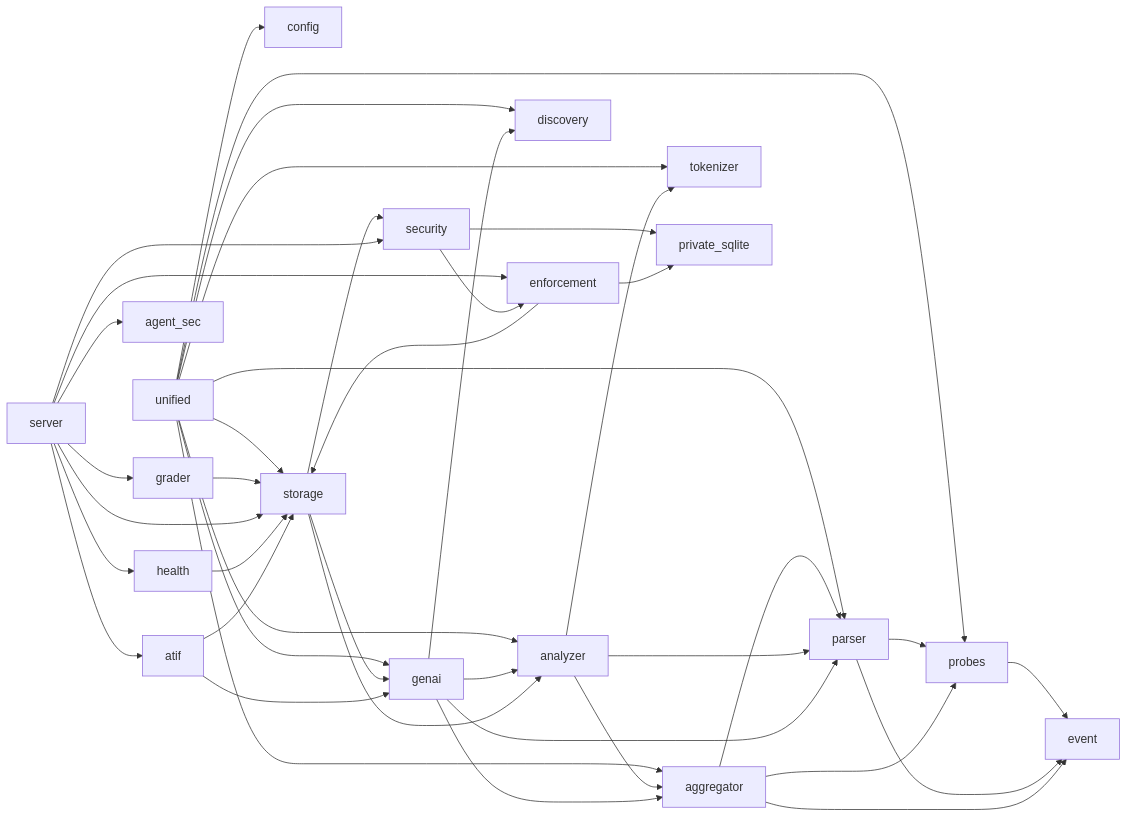
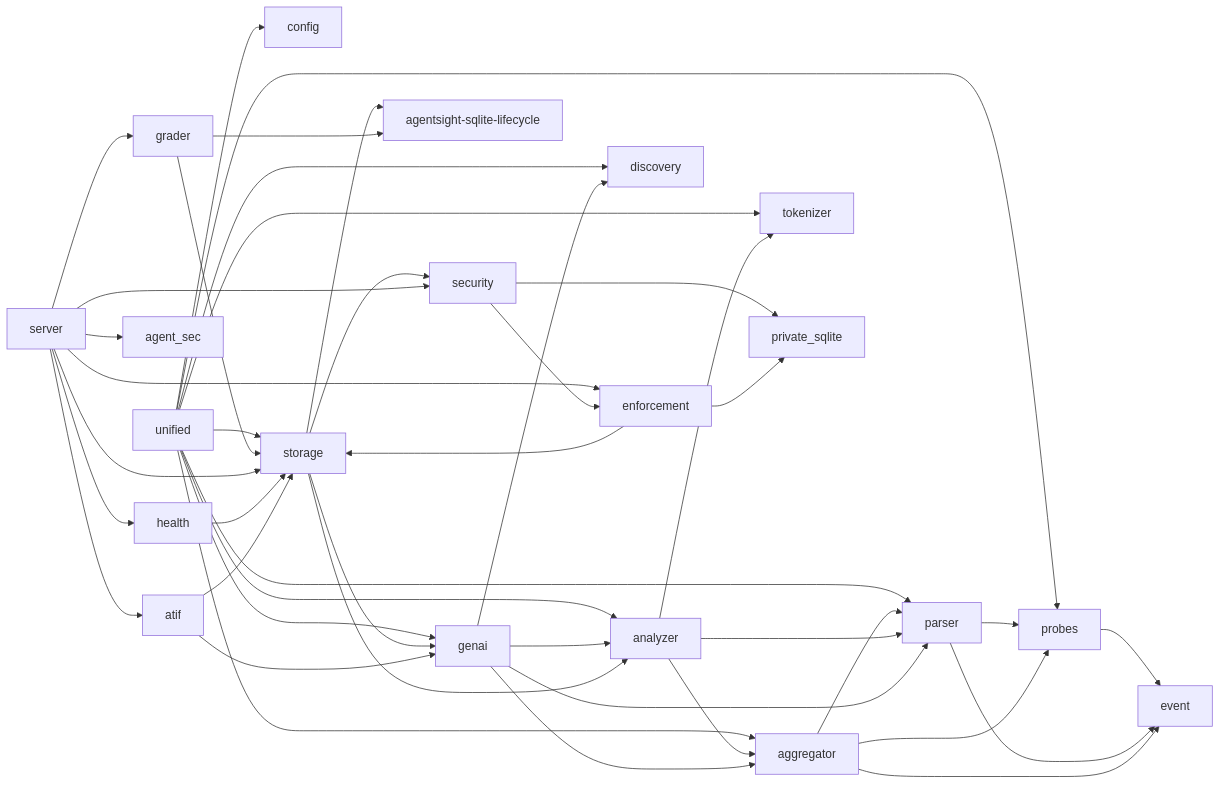
One commit to 1570005763/anolisa changed the second of 3 diagrams in src/agentsight/docs/ARCHITECTURE.md. Above: the diagram before and after it, drawn with Mermaid. The commit also changed other lines of this file and 84 other files, not shown here.

First line of the commit message:
feat(sight): harden sqlite lifecycle

````diff
--- a/src/agentsight/docs/ARCHITECTURE.md
+++ b/src/agentsight/docs/ARCHITECTURE.md
@@ -95,64 +95,67 @@
 ```mermaid
 graph LR
     config[config]
     probes[probes]
     event[event]
     parser[parser]
     aggregator[aggregator]
     analyzer[analyzer]
     tokenizer[tokenizer]
     genai[genai]
     storage[storage]
+    sqlite_lifecycle[agentsight-sqlite-lifecycle]
     discovery[discovery]
     health[health]
     atif[atif]
     agent_sec[agent_sec]
     grader[grader]
     enforcement[enforcement]
     security[security]
     private_sqlite[private_sqlite]
     server[server]
     unified[unified]
 
     unified --> config
     unified --> probes
     unified --> parser
     unified --> aggregator
     unified --> analyzer
     unified --> genai
     unified --> storage
     unified --> discovery
     unified --> tokenizer
 
     probes --> event
     parser --> probes
     parser --> event
     aggregator --> parser
     aggregator --> probes
     aggregator --> event
     analyzer --> aggregator
     analyzer --> tokenizer
     analyzer --> parser
     genai --> analyzer
     genai --> discovery
     genai --> aggregator
     genai --> parser
     storage --> analyzer
     storage --> genai
     storage --> security
+    storage --> sqlite_lifecycle
+    grader --> sqlite_lifecycle
     grader --> storage
     server --> storage
     server --> health
     server --> atif
     server --> agent_sec
     server --> grader
     server --> enforcement
     server --> security
     security --> enforcement
     security --> private_sqlite
     enforcement --> storage
     enforcement --> private_sqlite
     health --> storage
     atif --> genai
     atif --> storage
 ```
````
